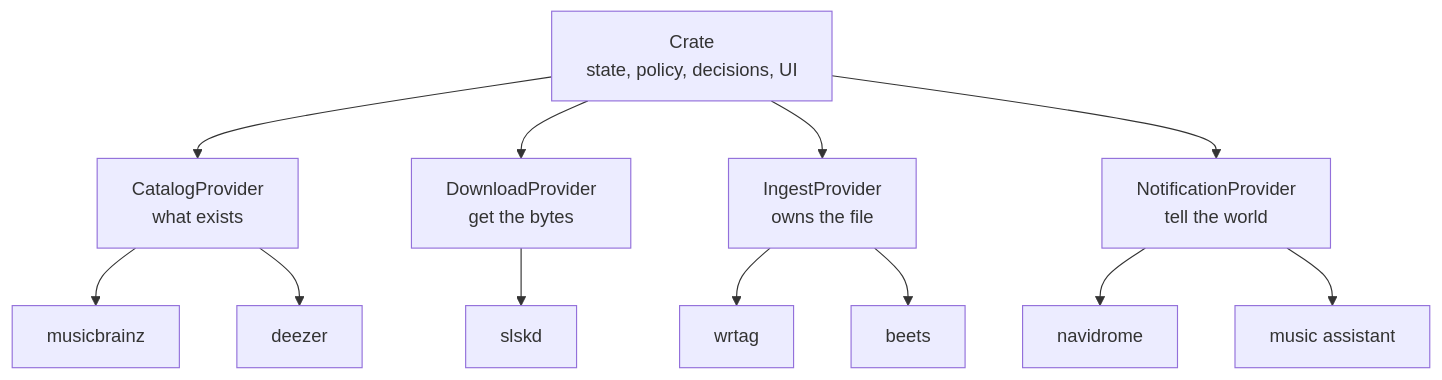
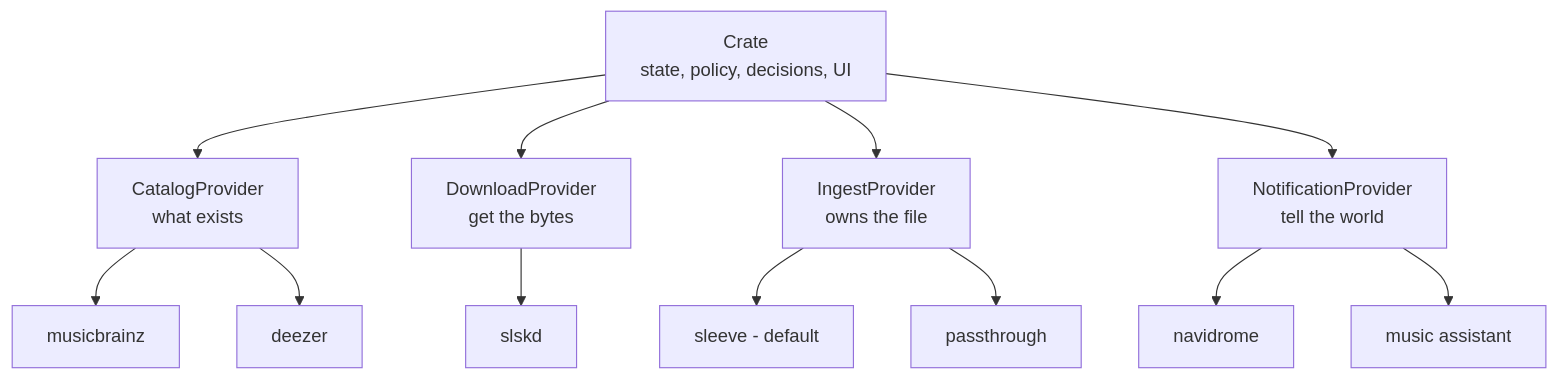
The diagram in PLAN.md (TheOutdoorProgrammer/crate), drawn with Mermaid before and after one commit. The commit also changed other lines of this file, not shown here.

````diff
--- a/PLAN.md
+++ b/PLAN.md
@@ -18,15 +19,15 @@
 ```mermaid
 graph TD
     C[Crate<br/>state, policy, decisions, UI]
     C --> M[CatalogProvider<br/>what exists]
     C --> D[DownloadProvider<br/>get the bytes]
     C --> I[IngestProvider<br/>owns the file]
     C --> N[NotificationProvider<br/>tell the world]
     M --> M1[musicbrainz]
     M --> M2[deezer]
     D --> D1[slskd]
-    I --> I1[wrtag]
-    I --> I2[beets]
+    I --> I1[sleeve - default]
+    I --> I2[passthrough]
     N --> N1[navidrome]
     N --> N2[music assistant]
 ```
````
